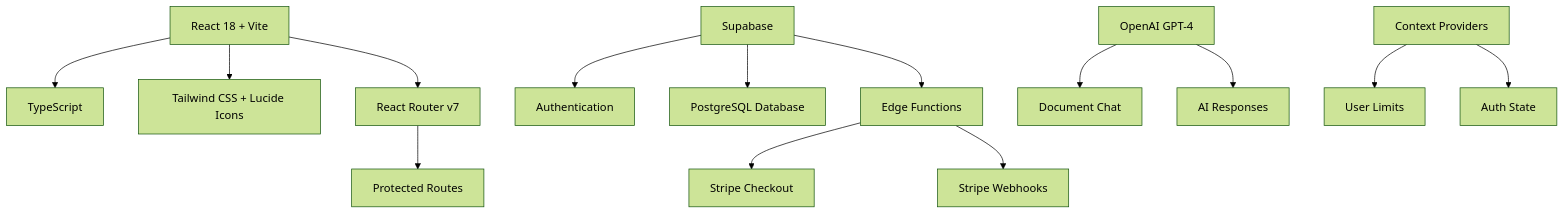
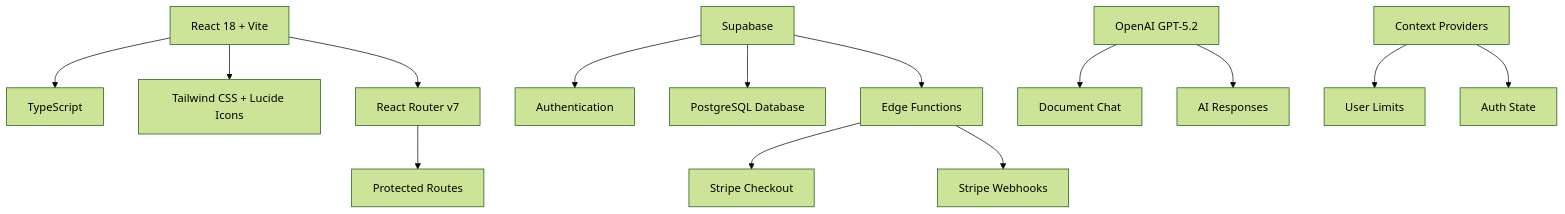
Before and after one commit to DanielGeek/python_projects: the diagram in 47-OpenAI-Supabase-Integration/README.md, drawn with Mermaid (forest theme). The commit also changed other lines of this file and 1 other file, not shown here.

````diff
--- a/47-OpenAI-Supabase-Integration/README.md
+++ b/47-OpenAI-Supabase-Integration/README.md
@@ -31,16 +31,16 @@
 ```mermaid
 graph TB
     A[React 18 + Vite] --> B[TypeScript]
     A --> C[Tailwind CSS + Lucide Icons]
     A --> D[React Router v7]
     D --> E[Protected Routes]
     F[Supabase] --> G[Authentication]
     F --> H[PostgreSQL Database]
     F --> I[Edge Functions]
     I --> J[Stripe Checkout]
     I --> K[Stripe Webhooks]
-    L[OpenAI GPT-4] --> M[Document Chat]
+    L[OpenAI GPT-5.2] --> M[Document Chat]
     L --> N[AI Responses]
     O[Context Providers] --> P[User Limits]
     O --> Q[Auth State]
 ```
````
